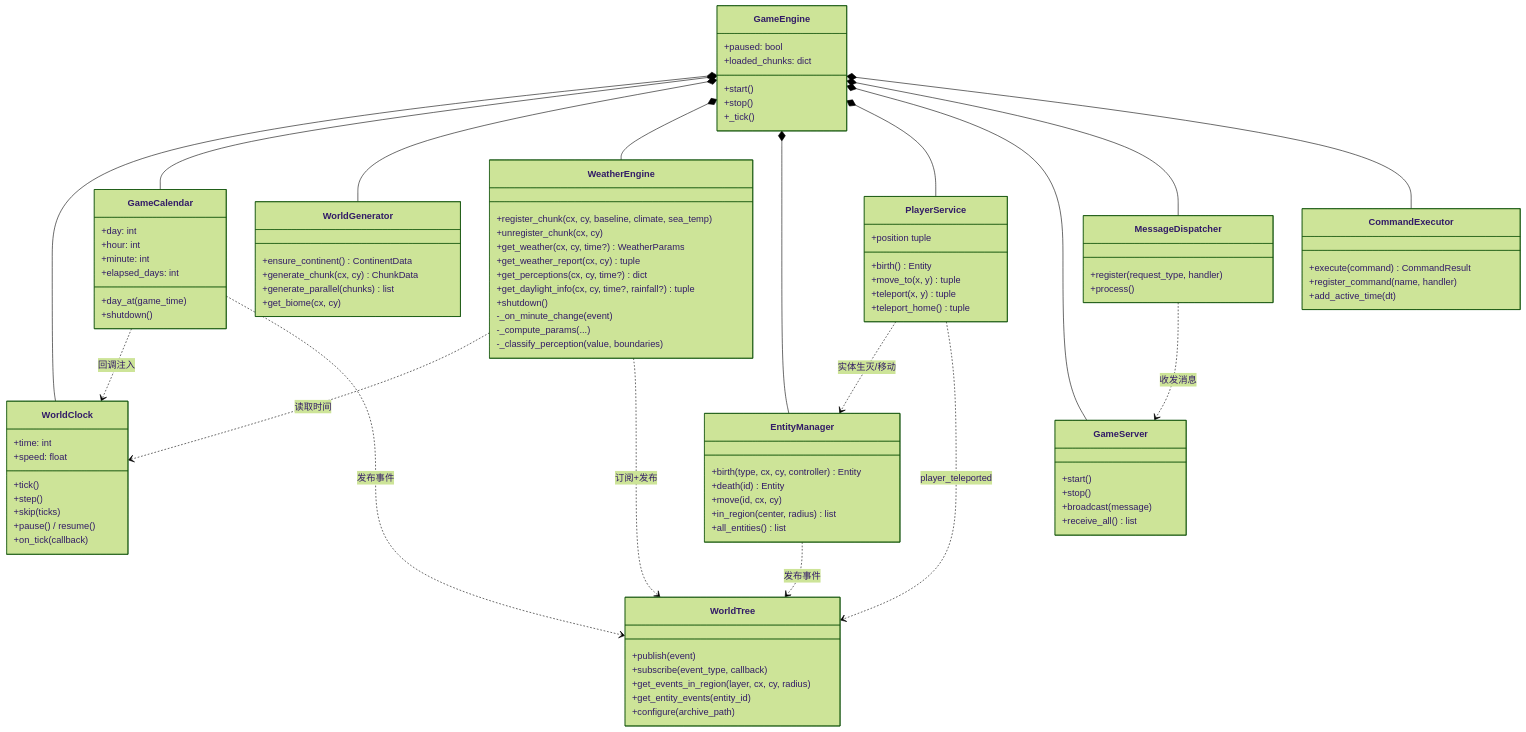
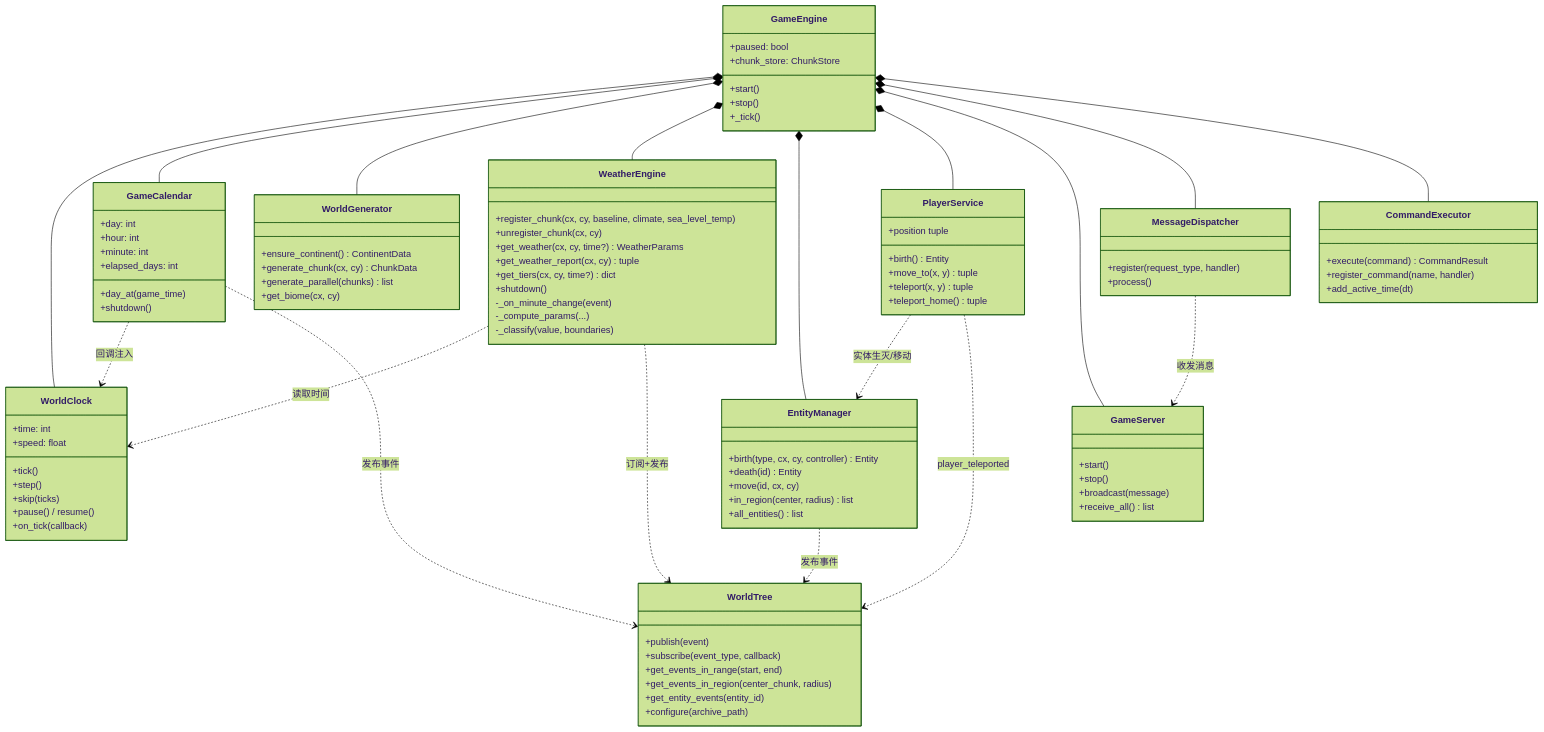
Before and after one commit to Jedidiah-Zhang/Ascend: the sixth of 6 diagrams in docs/diagrams/architecture.md, drawn with Mermaid (forest theme). The commit also changed 58 other files, not shown here.

```diff
--- a/docs/diagrams/architecture.md
+++ b/docs/diagrams/architecture.md
@@ -179,13 +179,14 @@
         +stop()
         +_tick()
         +paused: bool
-        +loaded_chunks: dict
+        +chunk_store: ChunkStore
     }
 
     class WorldTree {
         +publish(event)
         +subscribe(event_type, callback)
-        +get_events_in_region(layer, cx, cy, radius)
+        +get_events_in_range(start, end)
+        +get_events_in_region(center_chunk, radius)
         +get_entity_events(entity_id)
         +configure(archive_path)
     }
@@ -217,16 +218,15 @@
     }
 
     class WeatherEngine {
-        +register_chunk(cx, cy, baseline, climate, sea_temp)
+        +register_chunk(cx, cy, baseline, climate, sea_level_temp)
         +unregister_chunk(cx, cy)
         +get_weather(cx, cy, time?) WeatherParams
         +get_weather_report(cx, cy) tuple
-        +get_perceptions(cx, cy, time?) dict
-        +get_daylight_info(cx, cy, time?, rainfall?) tuple
+        +get_tiers(cx, cy, time?) dict
         +shutdown()
         -_on_minute_change(event)
         -_compute_params(...)
-        -_classify_perception(value, boundaries)
+        -_classify(value, boundaries)
     }
 
     class EntityManager {
```
